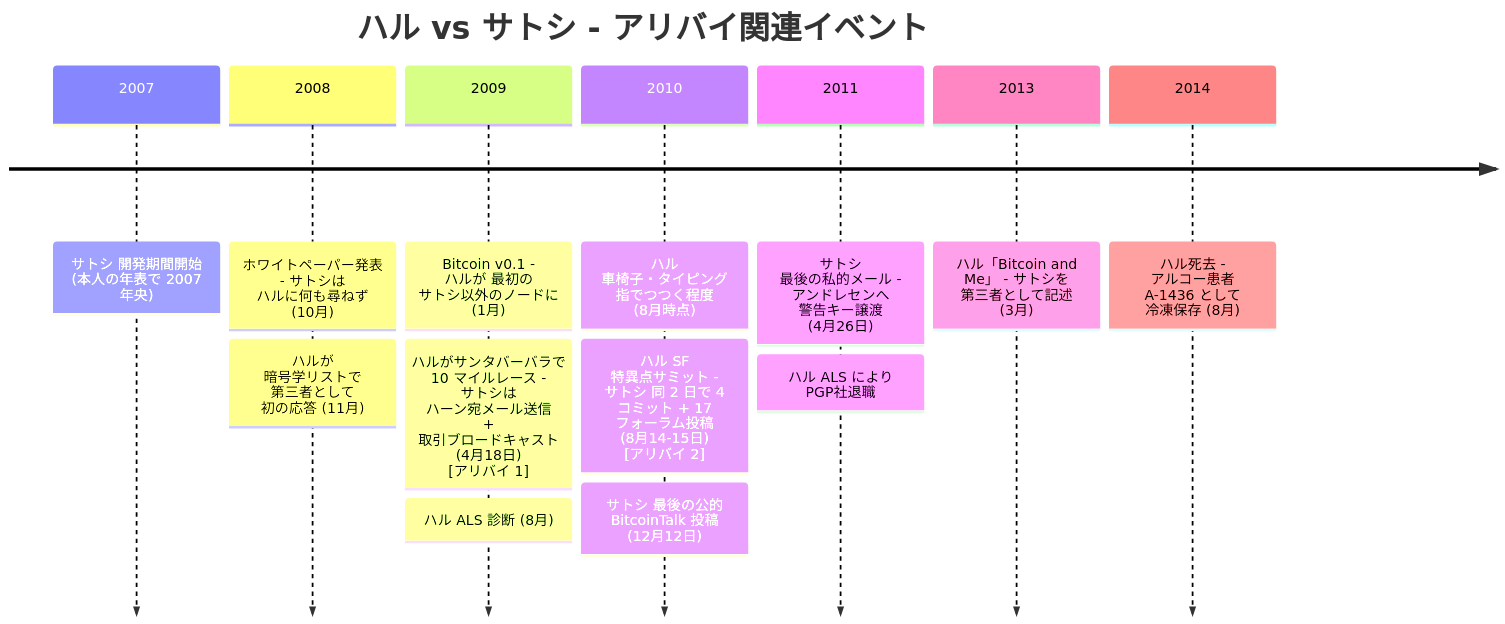
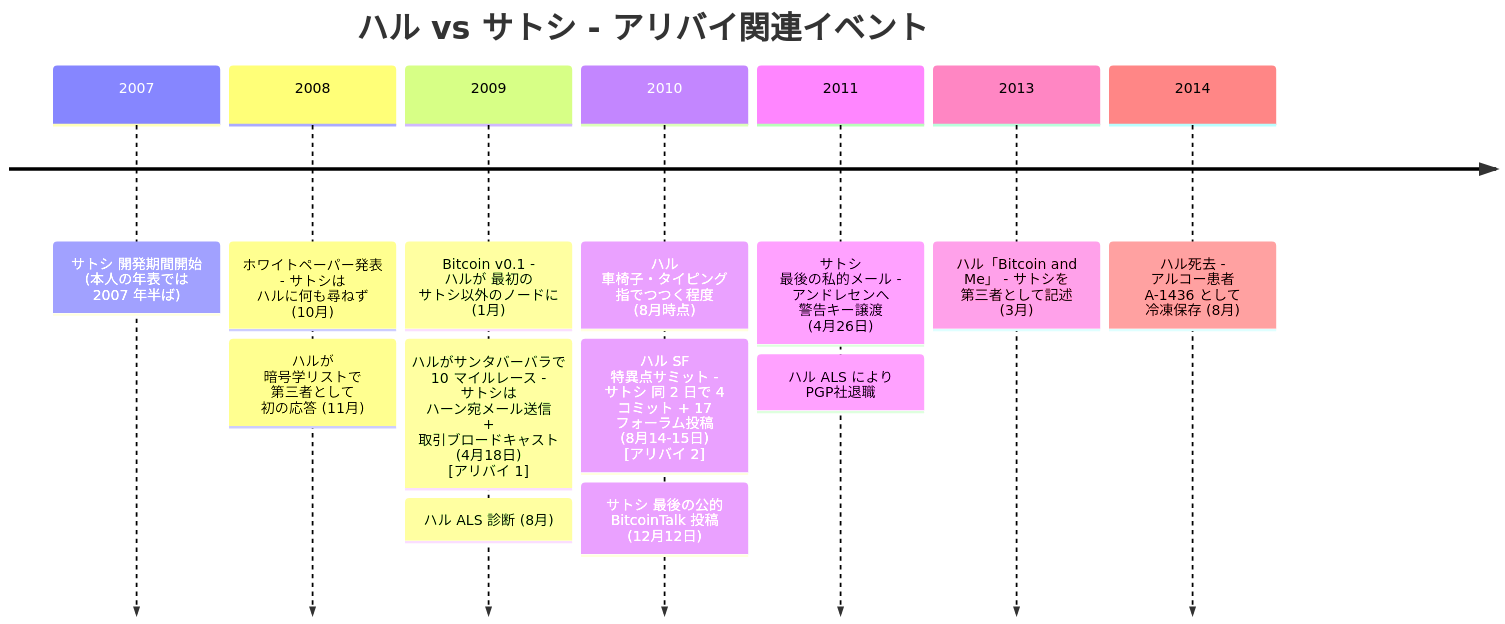
The diagram in src/data/translations/ja/analysis/2014-03-25-hal-finney-satoshi-identity-hypothesis.md (cypher256/BitcoinArchive), drawn with Mermaid before and after one commit. The commit also changed other lines of this file, not shown here.

````diff
--- a/src/data/translations/ja/analysis/2014-03-25-hal-finney-satoshi-identity-hypothesis.md
+++ b/src/data/translations/ja/analysis/2014-03-25-hal-finney-satoshi-identity-hypothesis.md
@@ -66,17 +66,17 @@
 ```mermaid
 timeline
     title ハル vs サトシ - アリバイ関連イベント
-    2007 : サトシ 開発期間開始 (本人の年表で 2007 年央)
+    2007 : サトシ 開発期間開始 (本人の年表では 2007 年半ば)
     2008 : ホワイトペーパー発表 - サトシは ハルに何も尋ねず (10月)
          : ハルが 暗号学リストで 第三者として 初の応答 (11月)
     2009 : Bitcoin v0.1 - ハルが 最初の サトシ以外のノードに (1月)
          : ハルがサンタバーバラで 10 マイルレース - サトシは ハーン宛メール送信 + 取引ブロードキャスト (4月18日) [アリバイ 1]
          : ハル ALS 診断 (8月)
     2010 : ハル 車椅子・タイピング 指でつつく程度 (8月時点)
          : ハル SF 特異点サミット - サトシ 同 2 日で 4 コミット + 17 フォーラム投稿 (8月14-15日) [アリバイ 2]
          : サトシ 最後の公的 BitcoinTalk 投稿 (12月12日)
     2011 : サトシ 最後の私的メール - アンドレセンへ 警告キー譲渡 (4月26日)
          : ハル ALS により PGP社退職
     2013 : ハル「Bitcoin and Me」 - サトシを 第三者として記述 (3月)
     2014 : ハル死去 - アルコー患者 A-1436 として 冷凍保存 (8月)
 ```
````
